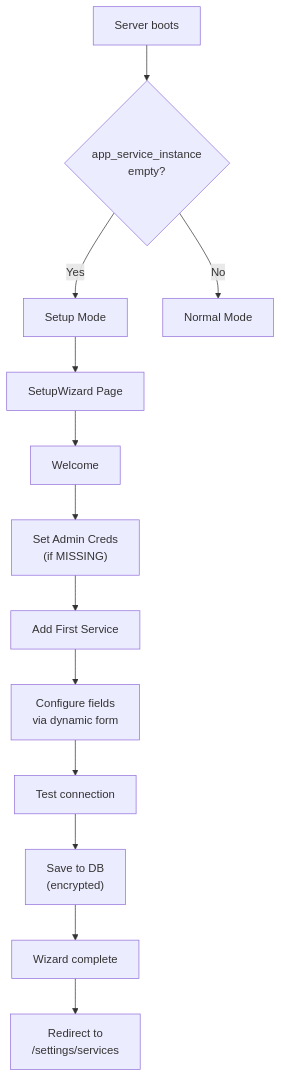
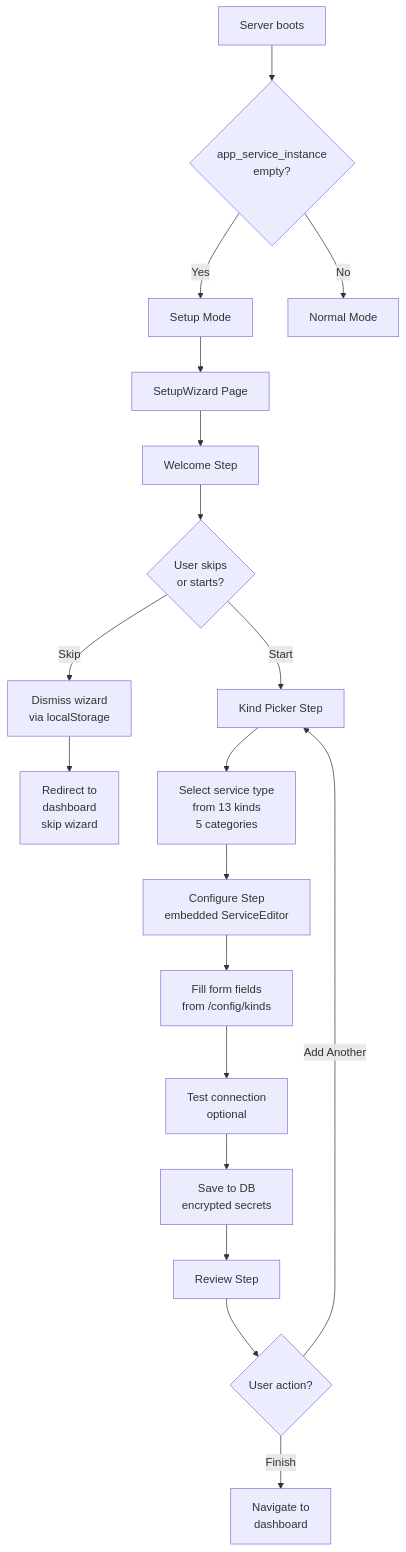
The first of 3 diagrams in docs/features/ui-configuration.md (EraPartner/Watchman), drawn with Mermaid before and after one commit. The commit also changed other lines of this file and 138 other files, not shown here.

````diff
--- a/docs/features/ui-configuration.md
+++ b/docs/features/ui-configuration.md
@@ -32,16 +32,25 @@
 ```mermaid
 flowchart TD
     A["Server boots"] --> B{"app_service_instance<br/>empty?"}
     B -->|Yes| C["Setup Mode"]
     B -->|No| D["Normal Mode"]
     
     C --> E["SetupWizard Page"]
-    E --> F["Welcome"]
-    F --> G["Set Admin Creds<br/>(if MISSING)"]
-    G --> H["Add First Service"]
-    H --> I["Configure fields<br/>via dynamic form"]
-    I --> J["Test connection"]
-    J --> K["Save to DB<br/>(encrypted)"]
-    K --> L["Wizard complete"]
-    L --> M["Redirect to<br/>/settings/services"]
+    E --> F["Welcome Step"]
+    F --> G{"User skips<br/>or starts?"}
+    G -->|Skip| H["Dismiss wizard<br/>via localStorage"]
+    G -->|Start| I["Kind Picker Step"]
+    
+    I --> J["Select service type<br/>from 13 kinds<br/>5 categories"]
+    J --> K["Configure Step<br/>embedded ServiceEditor"]
+    K --> L["Fill form fields<br/>from /config/kinds"]
+    L --> M["Test connection<br/>optional"]
+    M --> N["Save to DB<br/>encrypted secrets"]
+    
+    N --> O["Review Step"]
+    O --> P{"User action?"}
+    P -->|Add Another| I
+    P -->|Finish| Q["Navigate to<br/>dashboard"]
+    
+    H --> R["Redirect to<br/>dashboard<br/>skip wizard"]
 ```
````
